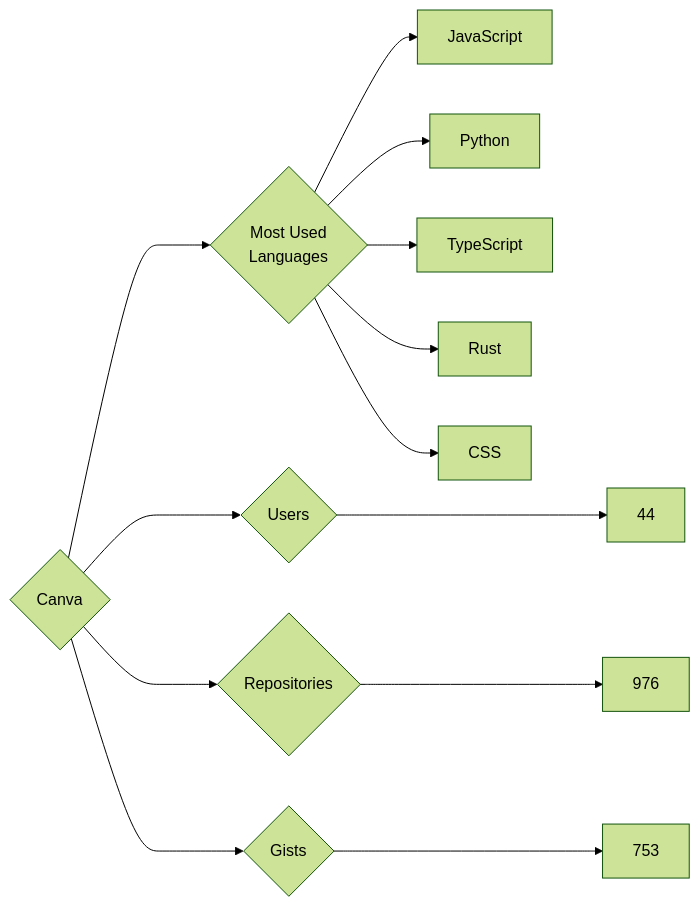
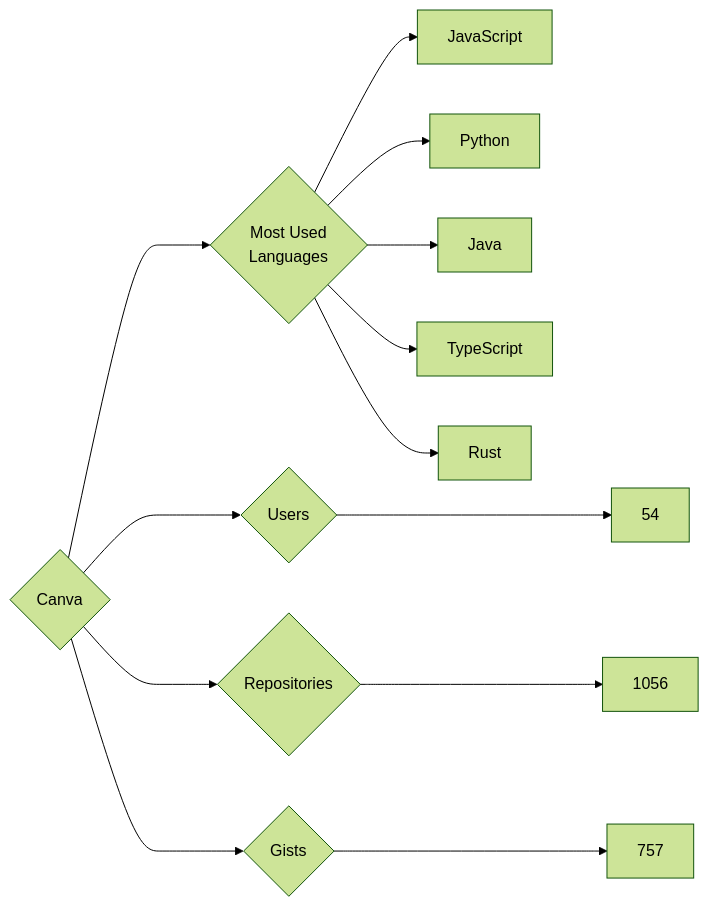
The diagram in targets/Canva/README.md (trickest/insiders), drawn with Mermaid (forest theme) before and after one commit. The commit also changed 757 other files, not shown here.

````diff
--- a/targets/Canva/README.md
+++ b/targets/Canva/README.md
@@ -3,13 +3,13 @@
 ```mermaid
 graph LR
 COMPANY_NAME{Canva}
-COMPANY_NAME ---> U{Users} ---> UN[44]
-COMPANY_NAME ---> R{Repositories} ---> RN[976]
-COMPANY_NAME ---> G{Gists} ---> GN[753]
+COMPANY_NAME ---> U{Users} ---> UN[54]
+COMPANY_NAME ---> R{Repositories} ---> RN[1056]
+COMPANY_NAME ---> G{Gists} ---> GN[757]
 COMPANY_NAME ---> ML{Most Used<br>Languages}
 ML --> JavaScript[JavaScript]
 ML --> Python[Python]
+ML --> Java[Java]
 ML --> TypeScript[TypeScript]
 ML --> Rust[Rust]
-ML --> CSS[CSS]
 ```
````
